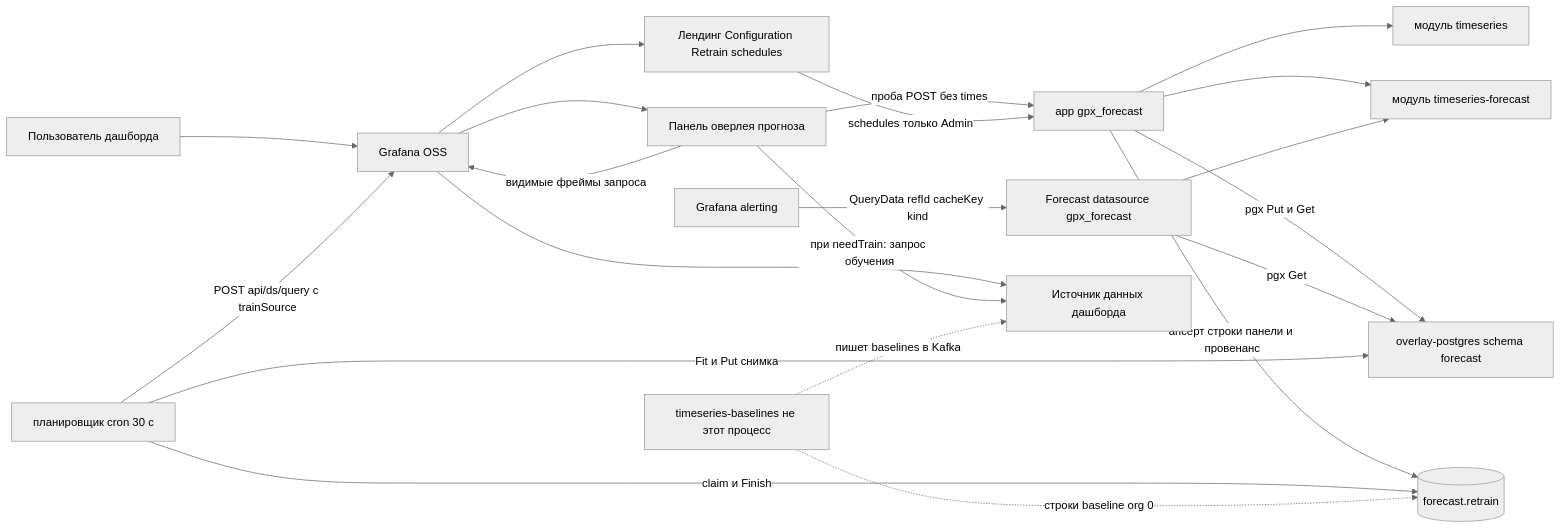
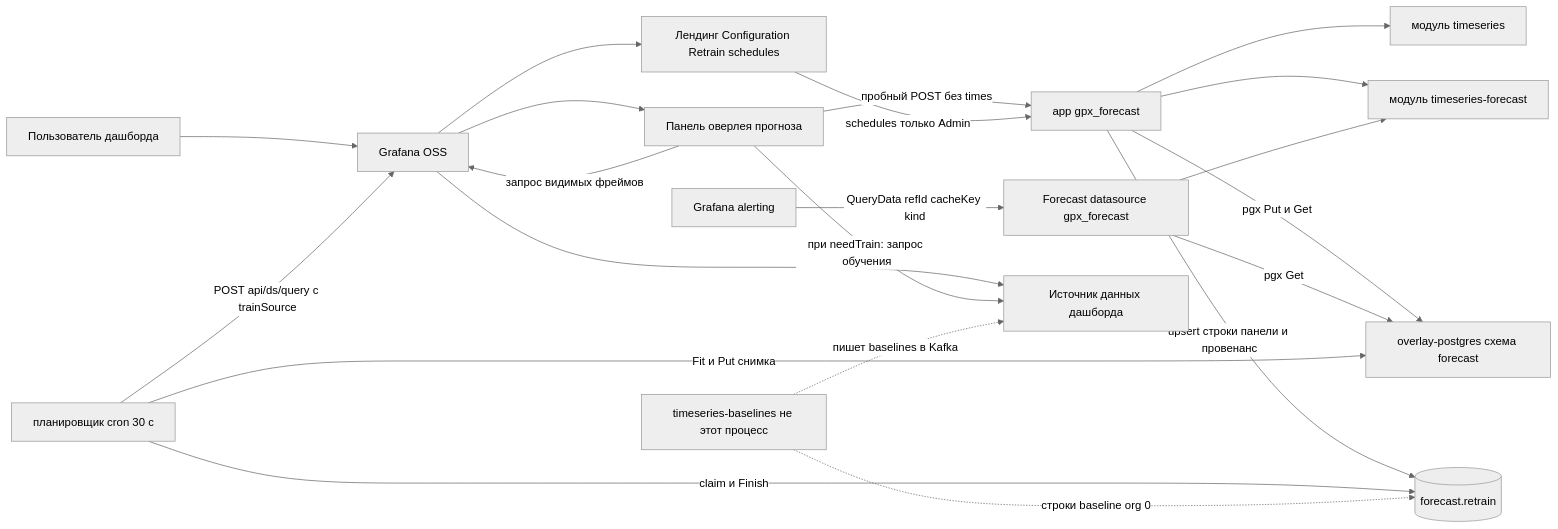
The diagram in diagrams/01-system-context.md (eduard-kolotushin/timeseries-grafana), drawn with Mermaid (neutral theme) before and after one commit. The commit also changed other lines of this file and 14 other files, not shown here.

Commit message:
Update diagrams

````diff
--- a/diagrams/01-system-context.md
+++ b/diagrams/01-system-context.md
@@ -11,38 +11,38 @@
 ```mermaid
 flowchart LR
   User["Пользователь дашборда"]
   Grafana["Grafana OSS"]
   Panel["Панель оверлея прогноза"]
   Pages["Лендинг Configuration Retrain schedules"]
   AppBE["app gpx_forecast"]
   Sched["планировщик cron 30 с"]
   DSBE["Forecast datasource gpx_forecast"]
   Alert["Grafana alerting"]
   DS["Источник данных дашборда"]
-  PG["overlay-postgres schema forecast"]
+  PG["overlay-postgres схема forecast"]
   RT[("forecast.retrain")]
   TS["модуль timeseries"]
   FC["модуль timeseries-forecast"]
   Worker["timeseries-baselines не этот процесс"]
 
   User --> Grafana
   Grafana --> Panel
   Grafana --> DS
   Grafana --> Pages
-  Panel -->|"видимые фреймы запроса"| Grafana
-  Panel -->|"проба POST без times"| AppBE
+  Panel -->|"запрос видимых фреймов"| Grafana
+  Panel -->|"пробный POST без times"| AppBE
   Panel -->|"при needTrain: запрос обучения"| DS
   Alert -->|"QueryData refId cacheKey kind"| DSBE
   Pages -->|"schedules только Admin"| AppBE
   AppBE --> TS
   AppBE --> FC
   DSBE --> FC
   AppBE -->|"pgx Put и Get"| PG
   DSBE -->|"pgx Get"| PG
-  AppBE -->|"апсерт строки панели и провенанс"| RT
+  AppBE -->|"upsert строки панели и провенанс"| RT
   Sched -->|"claim и Finish"| RT
   Sched -->|"POST api/ds/query с trainSource"| Grafana
   Sched -->|"Fit и Put снимка"| PG
   Worker -.->|"строки baseline org 0"| RT
   Worker -.->|"пишет baselines в Kafka"| DS
 ```
````
